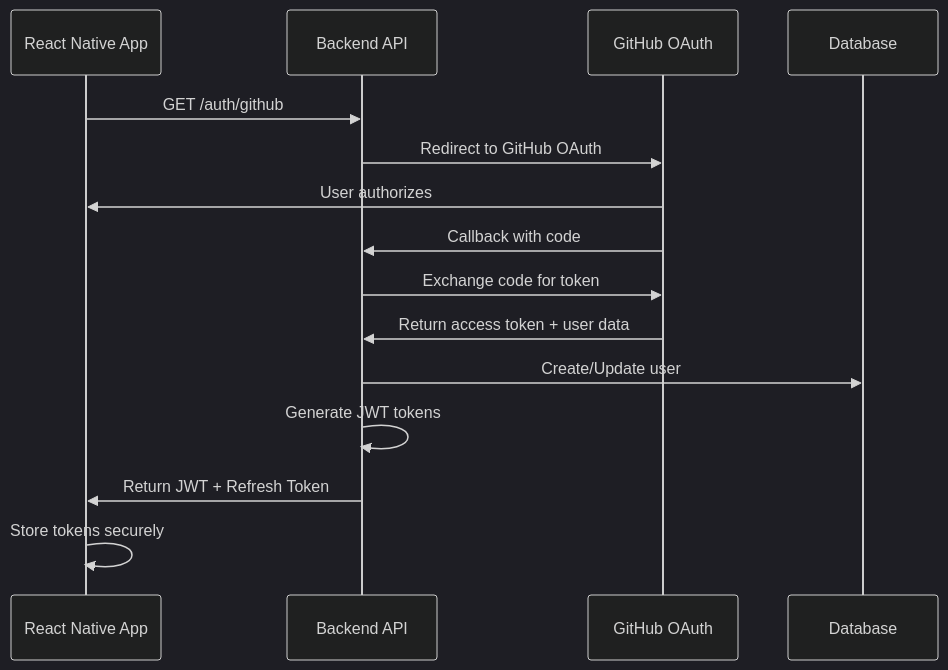
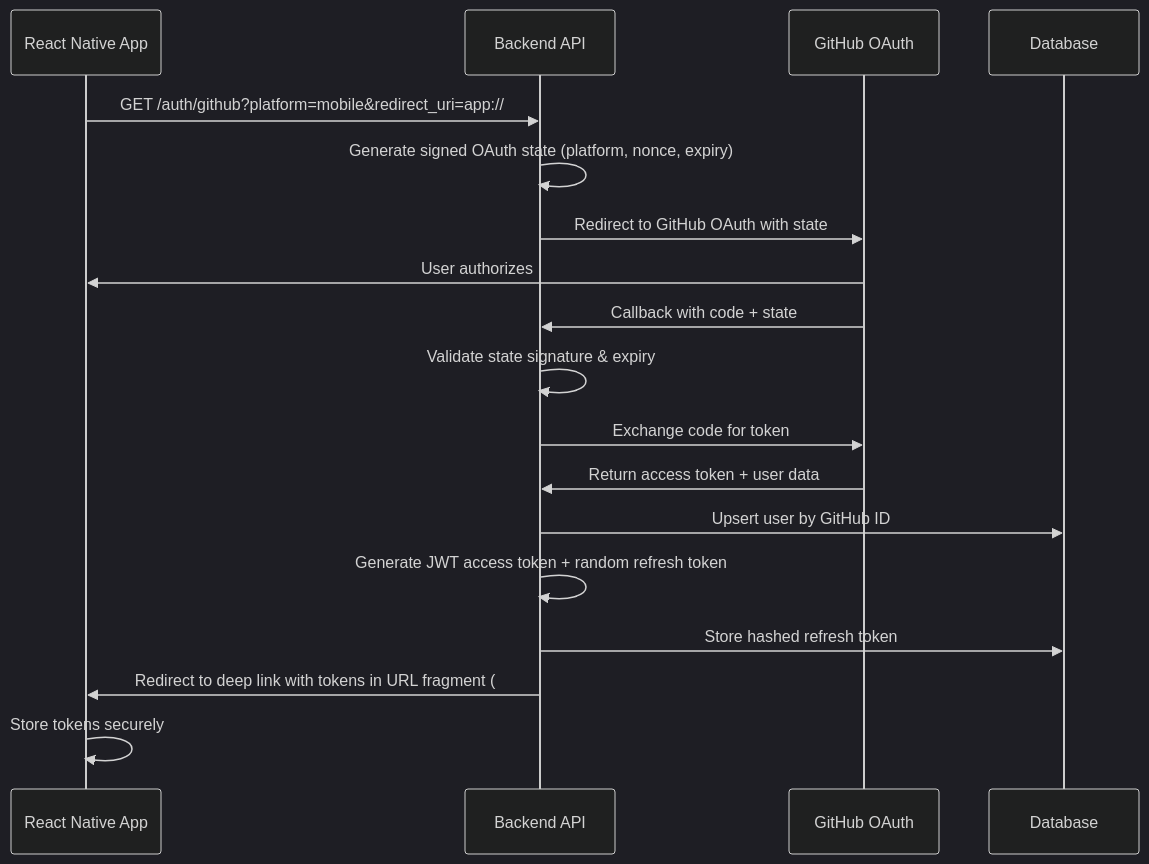
The second of 3 diagrams in docs/backend-spec.md (semo94/the-architect), drawn with Mermaid (dark theme) before and after one commit. The commit also changed other lines of this file and 41 other files, not shown here.

````diff
--- a/docs/backend-spec.md
+++ b/docs/backend-spec.md
@@ -171,18 +209,21 @@
 ```mermaid
 sequenceDiagram
     participant RN as React Native App
     participant BE as Backend API
     participant GH as GitHub OAuth
     participant DB as Database
 
-    RN->>BE: GET /auth/github
-    BE->>GH: Redirect to GitHub OAuth
+    RN->>BE: GET /auth/github?platform=mobile&redirect_uri=app://
+    BE->>BE: Generate signed OAuth state (platform, nonce, expiry)
+    BE->>GH: Redirect to GitHub OAuth with state
     GH->>RN: User authorizes
-    GH->>BE: Callback with code
+    GH->>BE: Callback with code + state
+    BE->>BE: Validate state signature & expiry
     BE->>GH: Exchange code for token
     GH->>BE: Return access token + user data
-    BE->>DB: Create/Update user
-    BE->>BE: Generate JWT tokens
-    BE->>RN: Return JWT + Refresh Token
+    BE->>DB: Upsert user by GitHub ID
+    BE->>BE: Generate JWT access token + random refresh token
+    BE->>DB: Store hashed refresh token
+    BE->>RN: Redirect to deep link with tokens in URL fragment (#)
     RN->>RN: Store tokens securely
 ```
````
